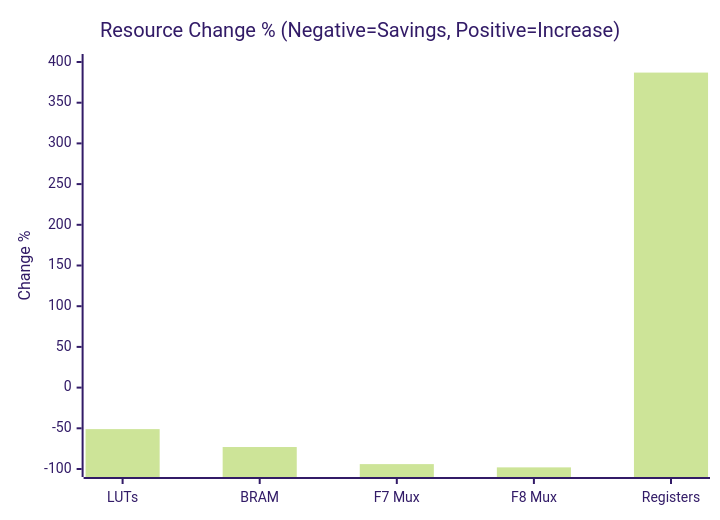
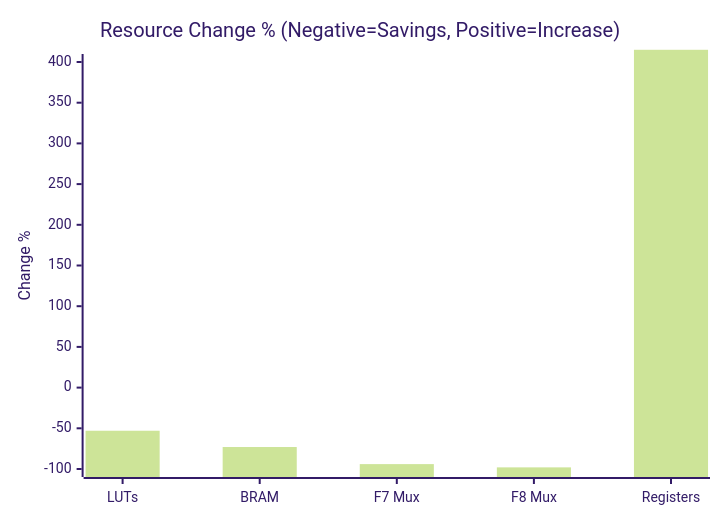
The diagram in README_EN.md (Passionate0424/CLAHE_verilog), drawn with Mermaid (forest theme) before and after one commit. The commit also changed other lines of this file and 2 other files, not shown here.

````diff
--- a/README_EN.md
+++ b/README_EN.md
@@ -351,7 +351,7 @@
 ```mermaid
 xychart-beta
     title "Resource Change % (Negative=Savings, Positive=Increase)"
     x-axis ["LUTs", "BRAM", "F7 Mux", "F8 Mux", "Registers"]
     y-axis "Change %" -100 --> 400
-    bar [-51, -73, -94, -98, 387]
+    bar [-53, -73, -94, -98, 415]
 ```
````
